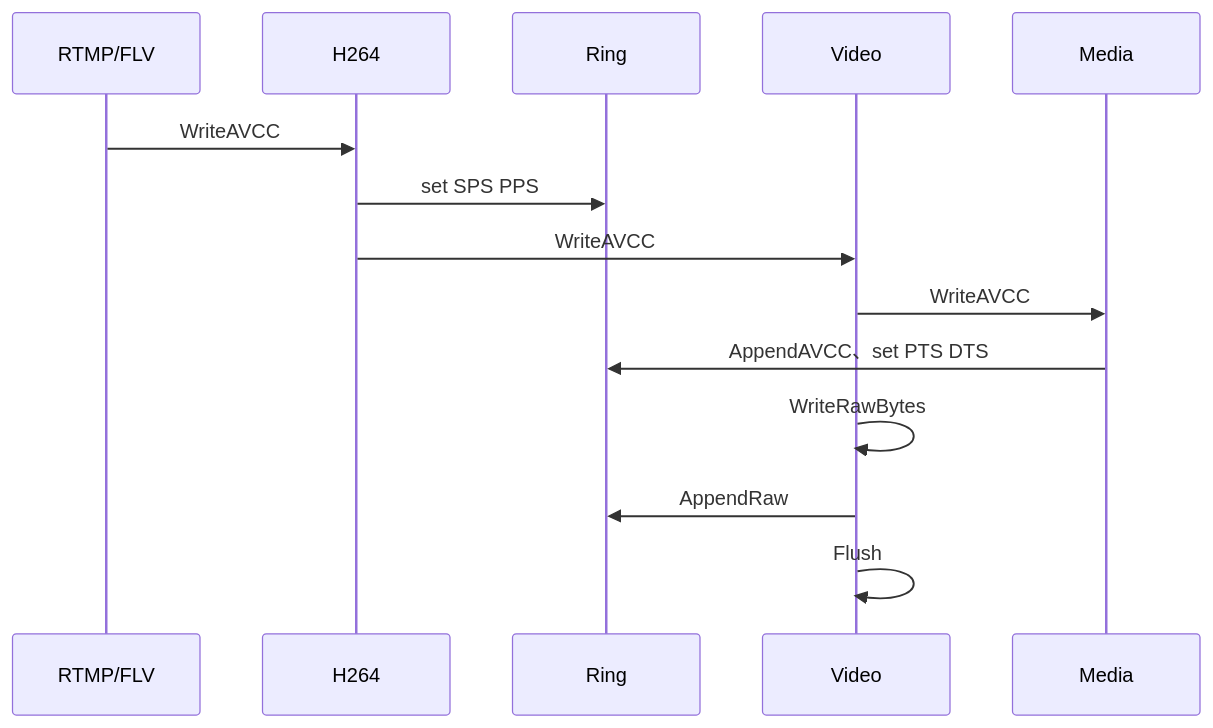
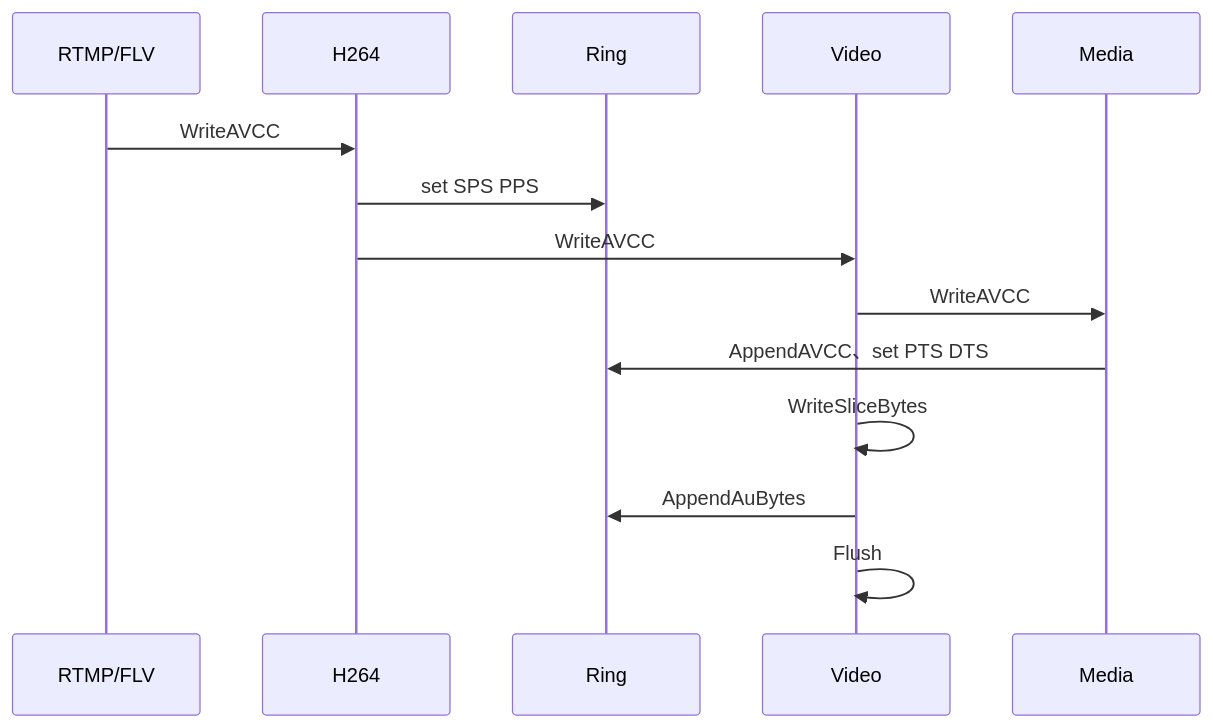
The second of 7 diagrams in apps/m7s-website/src/devel/publisher.md (langhuihui/m7s-website), drawn with Mermaid before and after one commit. The commit also changed other lines of this file and 2 other files, not shown here.

````diff
--- a/apps/m7s-website/src/devel/publisher.md
+++ b/apps/m7s-website/src/devel/publisher.md
@@ -177,11 +180,11 @@
 ```mermaid
 sequenceDiagram
     RTMP/FLV  ->> H264: WriteAVCC
     H264 ->> Ring: set SPS PPS
     H264  ->>  Video: WriteAVCC
     Video ->> Media: WriteAVCC
     Media ->> Ring: AppendAVCC、set PTS DTS
-    Video ->> Video: WriteRawBytes
-    Video ->> Ring: AppendRaw
+    Video ->> Video: WriteSliceBytes
+    Video ->> Ring: AppendAuBytes
     Video ->> Video: Flush    
 ```
````
